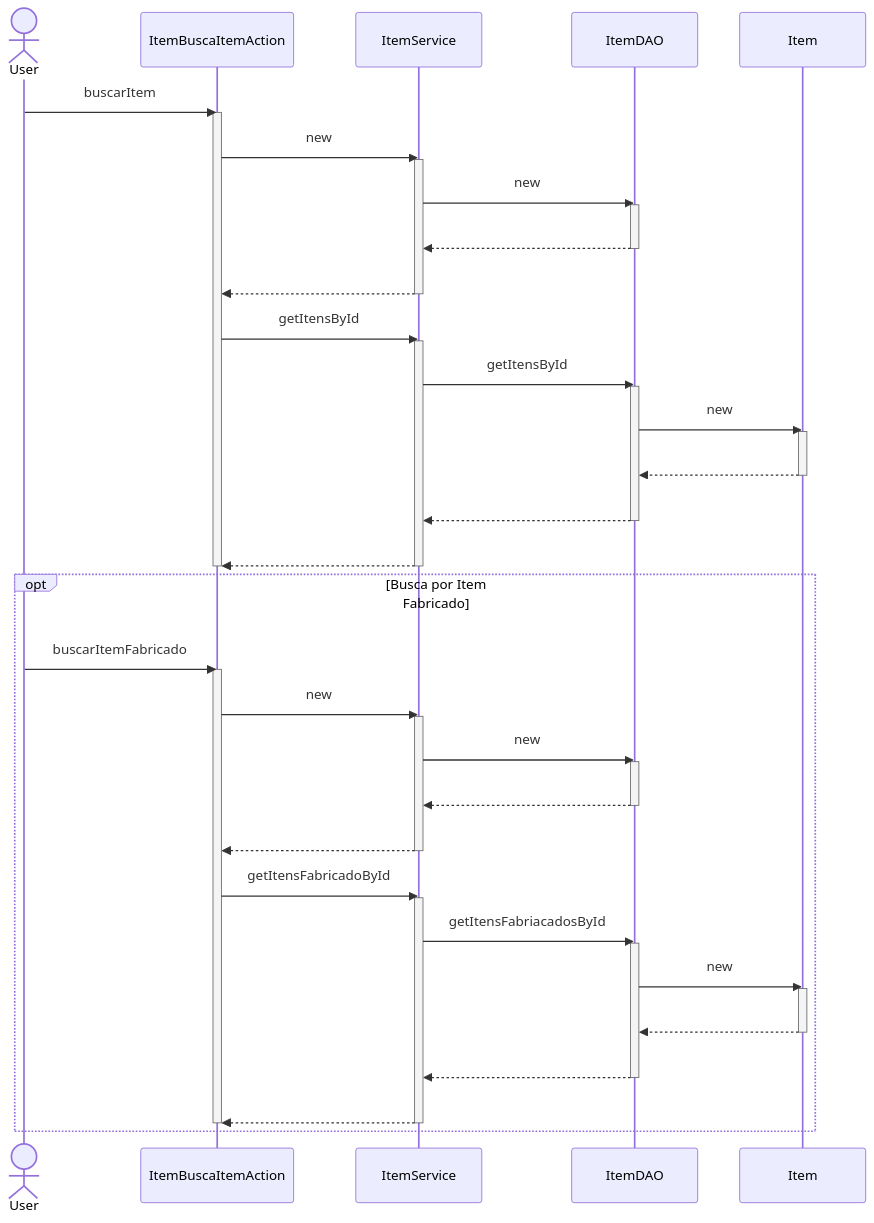
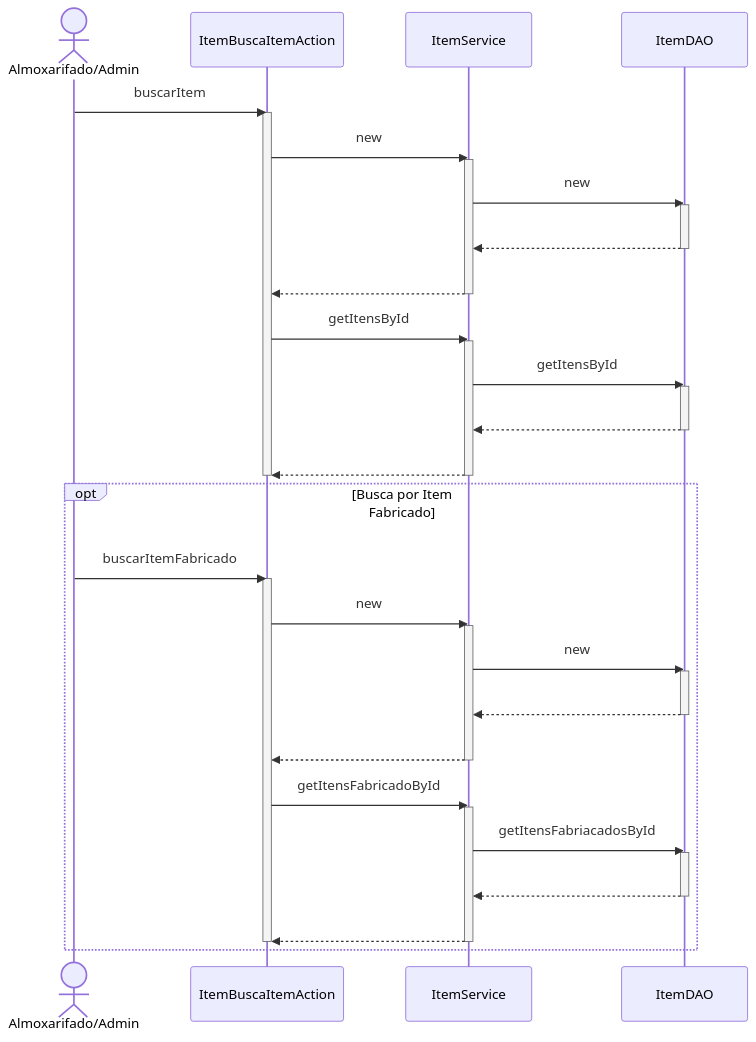
Before and after one commit to branqsMRP/SequenceDiagram: the diagram in DiagramaSequencia/Novo Diagrama Sequencia/Item/Buscar Item.mmd, drawn with Mermaid. The commit also changed 6 other files, not shown here.

```diff
--- a/DiagramaSequencia/Novo Diagrama Sequencia/Item/Buscar Item.mmd
+++ b/DiagramaSequencia/Novo Diagrama Sequencia/Item/Buscar Item.mmd
@@ -1,51 +1,43 @@
 sequenceDiagram
-actor User
-User ->> ItemBuscaItemAction : buscarItem
+actor AA as Almoxarifado/Admin
+AA ->> ItemBuscaItemAction : buscarItem
 activate ItemBuscaItemAction
 ItemBuscaItemAction ->> ItemService : new
 activate ItemService
 ItemService ->> ItemDAO : new
 activate ItemDAO
 ItemDAO -->> ItemService : #32; 
 deactivate ItemDAO
 ItemService -->> ItemBuscaItemAction : #32; 
 deactivate ItemService
 ItemBuscaItemAction ->> ItemService : getItensById
 activate ItemService
 ItemService ->> ItemDAO : getItensById
 activate ItemDAO
-ItemDAO ->> Item : new
-activate Item
-Item -->> ItemDAO : #32; 
-deactivate Item
 ItemDAO -->> ItemService : #32; 
 deactivate ItemDAO
 ItemService -->> ItemBuscaItemAction : #32; 
 deactivate ItemService
 deactivate ItemBuscaItemAction
 
 opt Busca por Item Fabricado
-    User ->> ItemBuscaItemAction : buscarItemFabricado
+    AA ->> ItemBuscaItemAction : buscarItemFabricado
     activate ItemBuscaItemAction
     ItemBuscaItemAction ->> ItemService : new
     activate ItemService
     ItemService ->> ItemDAO : new
     activate ItemDAO
     ItemDAO -->> ItemService : #32; 
     deactivate ItemDAO
     ItemService -->> ItemBuscaItemAction : #32; 
     deactivate ItemService
     ItemBuscaItemAction ->> ItemService : getItensFabricadoById
     activate ItemService
     ItemService ->> ItemDAO : getItensFabriacadosById
     activate ItemDAO
-    ItemDAO ->> Item : new
-    activate Item
-    Item -->> ItemDAO : #32; 
-    deactivate Item
     ItemDAO -->> ItemService : #32; 
     deactivate ItemDAO
     ItemService -->> ItemBuscaItemAction : #32; 
     deactivate ItemService
     deactivate ItemBuscaItemAction
 end
```
